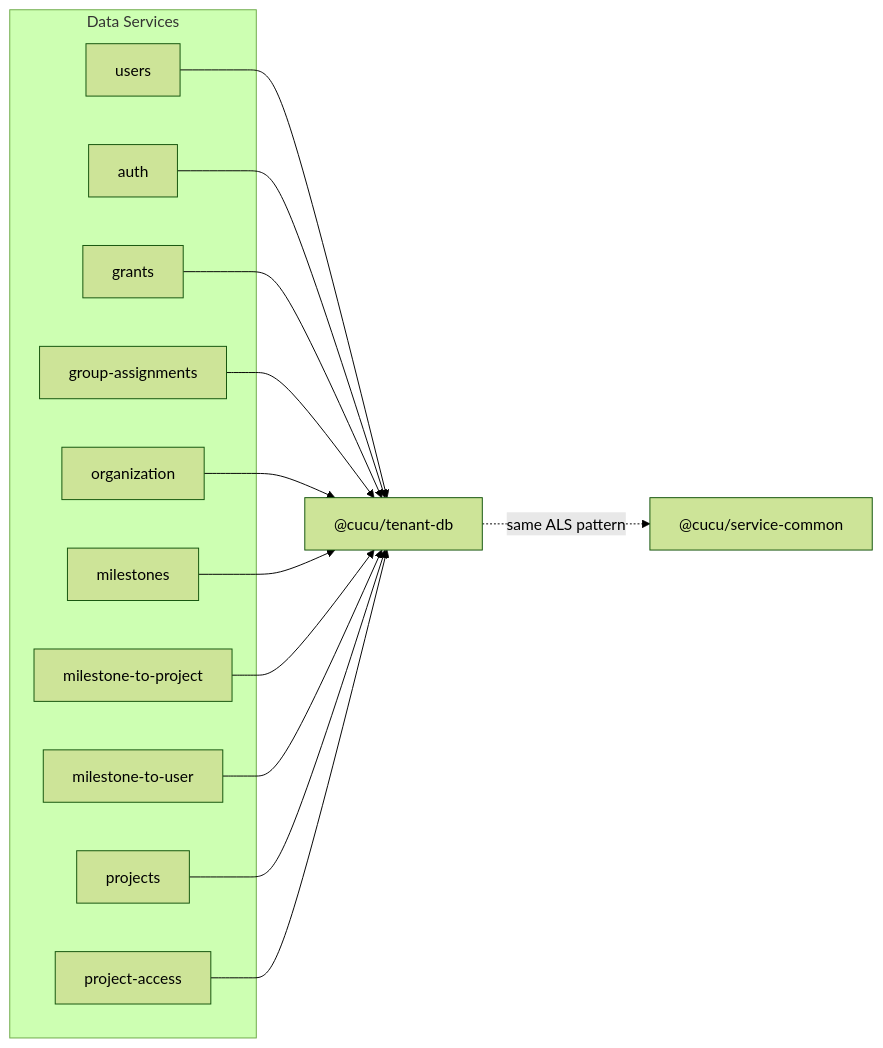
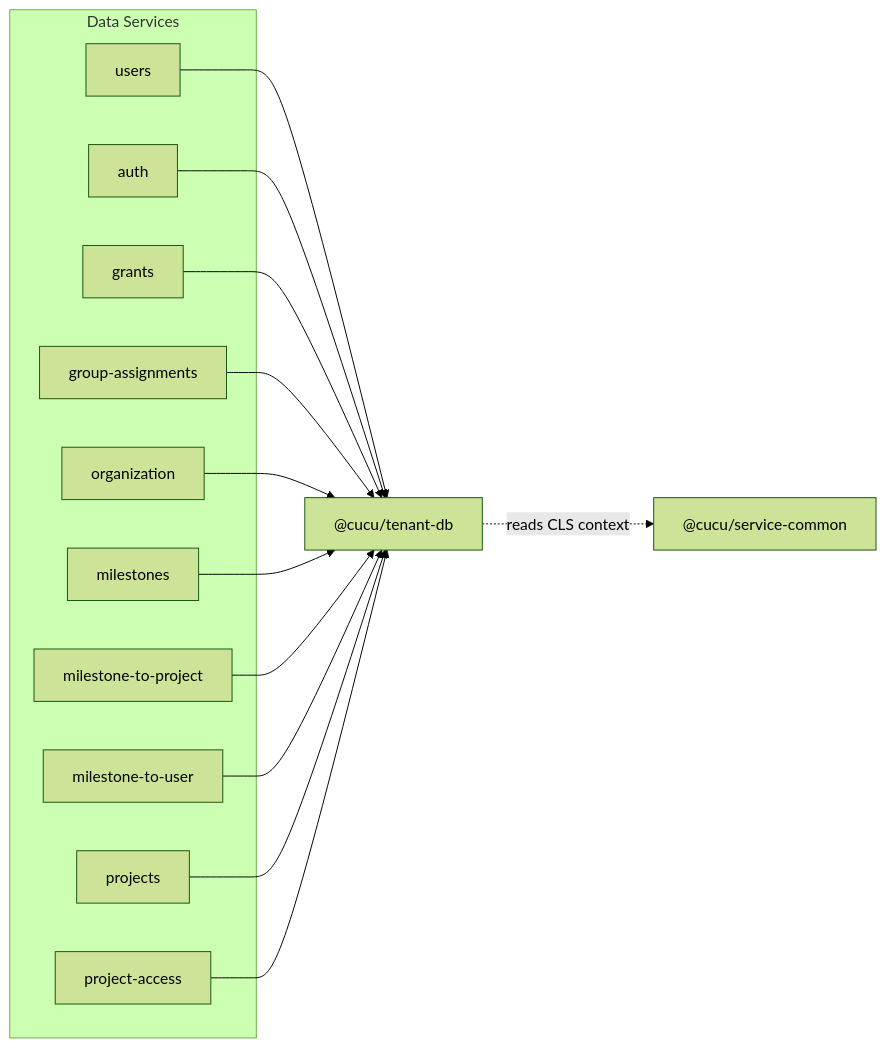
One commit to CucuProject/cucu-docs changed the fourth of 4 diagrams in docs/shared/tenant-db.md. Above: the diagram before and after it, drawn with Mermaid (forest theme). The commit also changed other lines of this file and 14 other files, not shown here.

````diff
--- a/docs/shared/tenant-db.md
+++ b/docs/shared/tenant-db.md
@@ -336,31 +333,31 @@
 ```mermaid
 graph LR
     TDB["@cucu/tenant-db"]
     SC["@cucu/service-common"]
 
-    TDB -.->|"same ALS pattern"| SC
+    TDB -.->|"reads CLS context"| SC
 
     subgraph "Data Services"
         Users["users"]
         Auth["auth"]
         Grants["grants"]
         GA["group-assignments"]
         Org["organization"]
         MS["milestones"]
         M2P["milestone-to-project"]
         M2U["milestone-to-user"]
         Proj["projects"]
         PA["project-access"]
     end
 
     Users --> TDB
     Auth --> TDB
     Grants --> TDB
     GA --> TDB
     Org --> TDB
     MS --> TDB
     M2P --> TDB
     M2U --> TDB
     Proj --> TDB
     PA --> TDB
 ```
````
